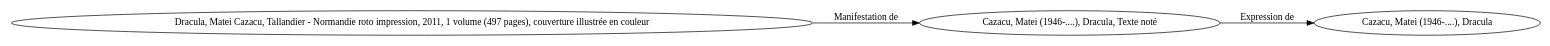
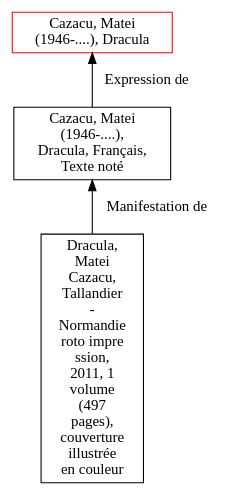
The diagram in UnimarcLRM/results/graphs/UMLRM0084.gv (Lully/metadata_notebooks), drawn with Graphviz before and after one commit. The commit also changed 338 other files, not shown here.

```diff
--- a/UnimarcLRM/results/graphs/UMLRM0084.gv
+++ b/UnimarcLRM/results/graphs/UMLRM0084.gv
@@ -1,10 +1,29 @@
 // Notice UMLRM0084
 digraph UMLRM0084 {
-	rankdir=LR
+	node [align=left shape=rect]
 	size="20,20"
-	UMLRM0084 [label="Cazacu, Matei (1946-....), Dracula"]
-	UMLRM0085 [label="Cazacu, Matei (1946-....), Dracula, Texte noté"]
+	rankdir=BT
+	UMLRM0084 [label="Cazacu, Matei
+(1946-....), Dracula" color=red]
+	UMLRM0085 [label="Cazacu, Matei
+(1946-....),
+Dracula, Français,
+Texte noté"]
 	UMLRM0085 -> UMLRM0084 [label="Expression de"]
-	UMLRM0086 [label="Dracula, Matei Cazacu, Tallandier - Normandie roto impression, 2011, 1 volume (497 pages), couverture illustrée en couleur"]
+	UMLRM0086 [label="Dracula,
+Matei
+Cazacu,
+Tallandier
+-
+Normandie
+roto impre
+ssion,
+2011, 1
+volume
+(497
+pages),
+couverture
+illustrée
+en couleur"]
 	UMLRM0086 -> UMLRM0085 [label="Manifestation de"]
 }
```
